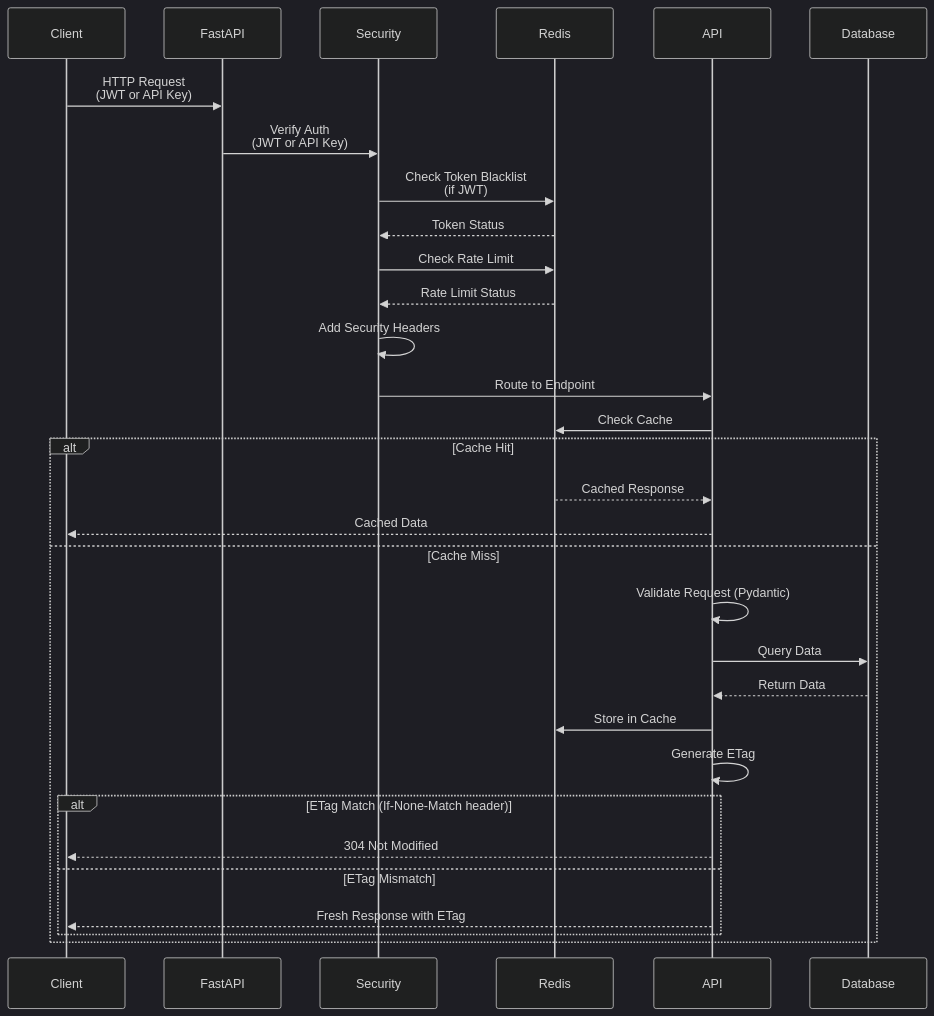
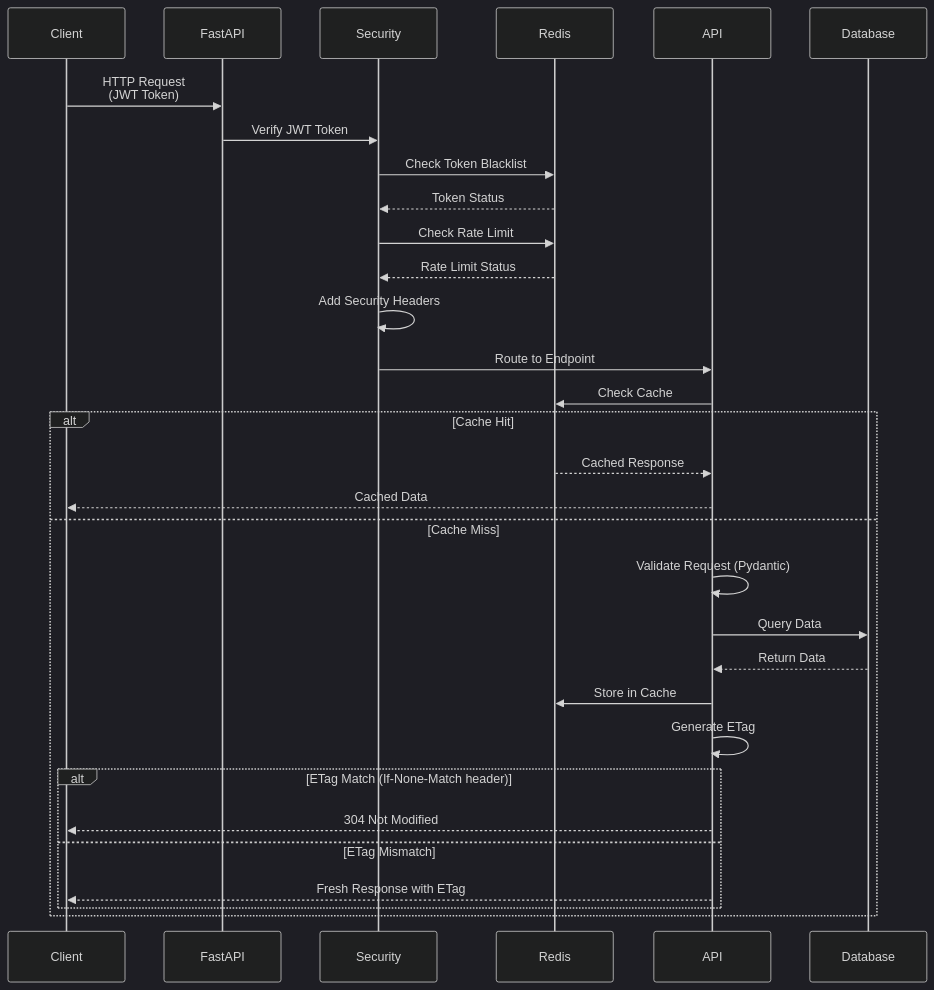
Before and after one commit to lixianphys/banking-api: the second of 2 diagrams in README.md, drawn with Mermaid (dark theme). The commit also changed other lines of this file and 1 other file, not shown here.

Commit message:
docs: update README files to reflect JWT-only authentication (API key removed)

````diff
--- a/README.md
+++ b/README.md
@@ -114,34 +112,34 @@
 ```mermaid
 sequenceDiagram
     participant Client
     participant FastAPI
     participant Security
     participant Redis
     participant API
     participant Database
     
-    Client->>FastAPI: HTTP Request<br/>(JWT or API Key)
-    FastAPI->>Security: Verify Auth<br/>(JWT or API Key)
-    Security->>Redis: Check Token Blacklist<br/>(if JWT)
+    Client->>FastAPI: HTTP Request<br/>(JWT Token)
+    FastAPI->>Security: Verify JWT Token
+    Security->>Redis: Check Token Blacklist
     Redis-->>Security: Token Status
     Security->>Redis: Check Rate Limit
     Redis-->>Security: Rate Limit Status
     Security->>Security: Add Security Headers
     Security->>API: Route to Endpoint
     API->>Redis: Check Cache
     alt Cache Hit
         Redis-->>API: Cached Response
         API-->>Client: Cached Data
     else Cache Miss
         API->>API: Validate Request (Pydantic)
         API->>Database: Query Data
         Database-->>API: Return Data
         API->>Redis: Store in Cache
         API->>API: Generate ETag
         alt ETag Match (If-None-Match header)
             API-->>Client: 304 Not Modified
         else ETag Mismatch
             API-->>Client: Fresh Response with ETag
         end
     end
 ```
````
